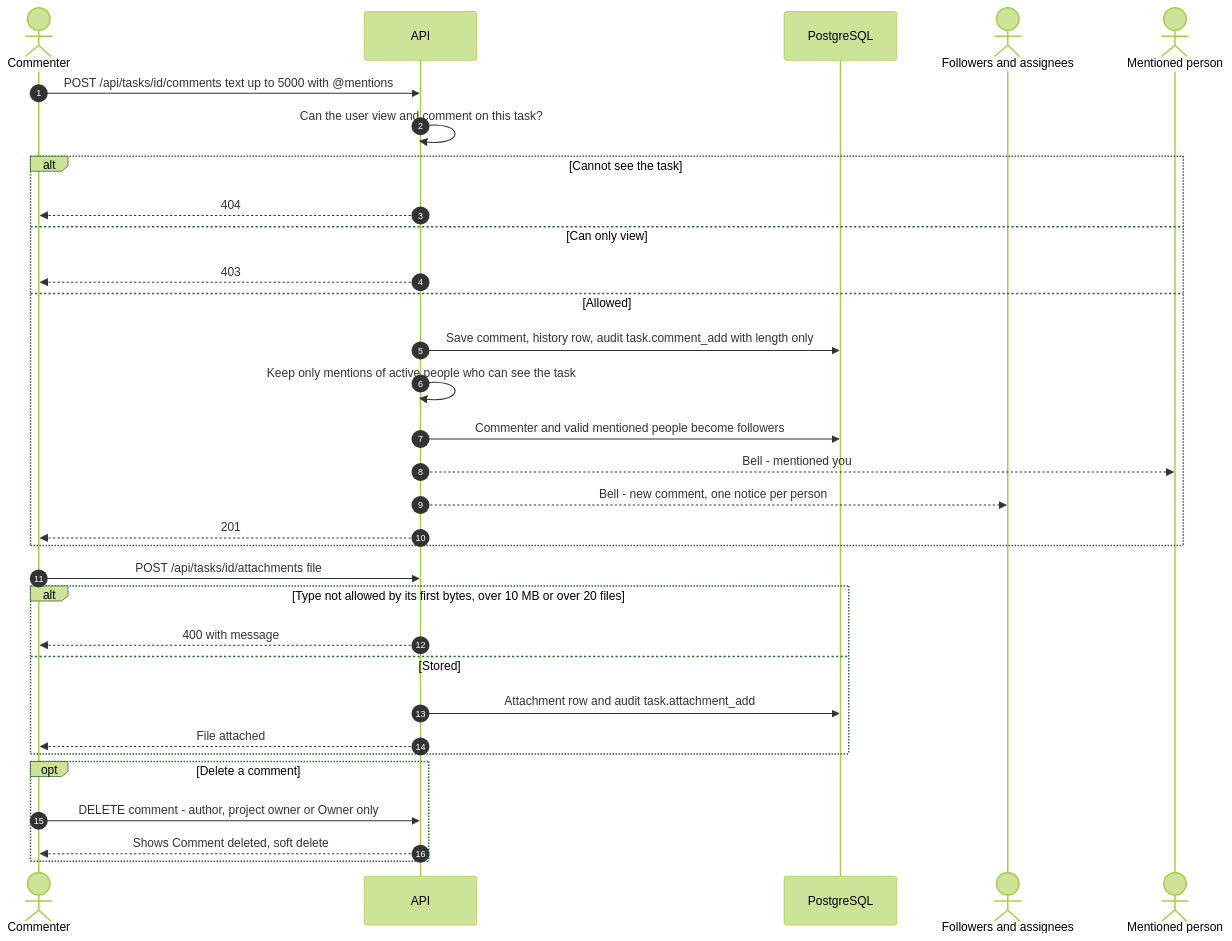
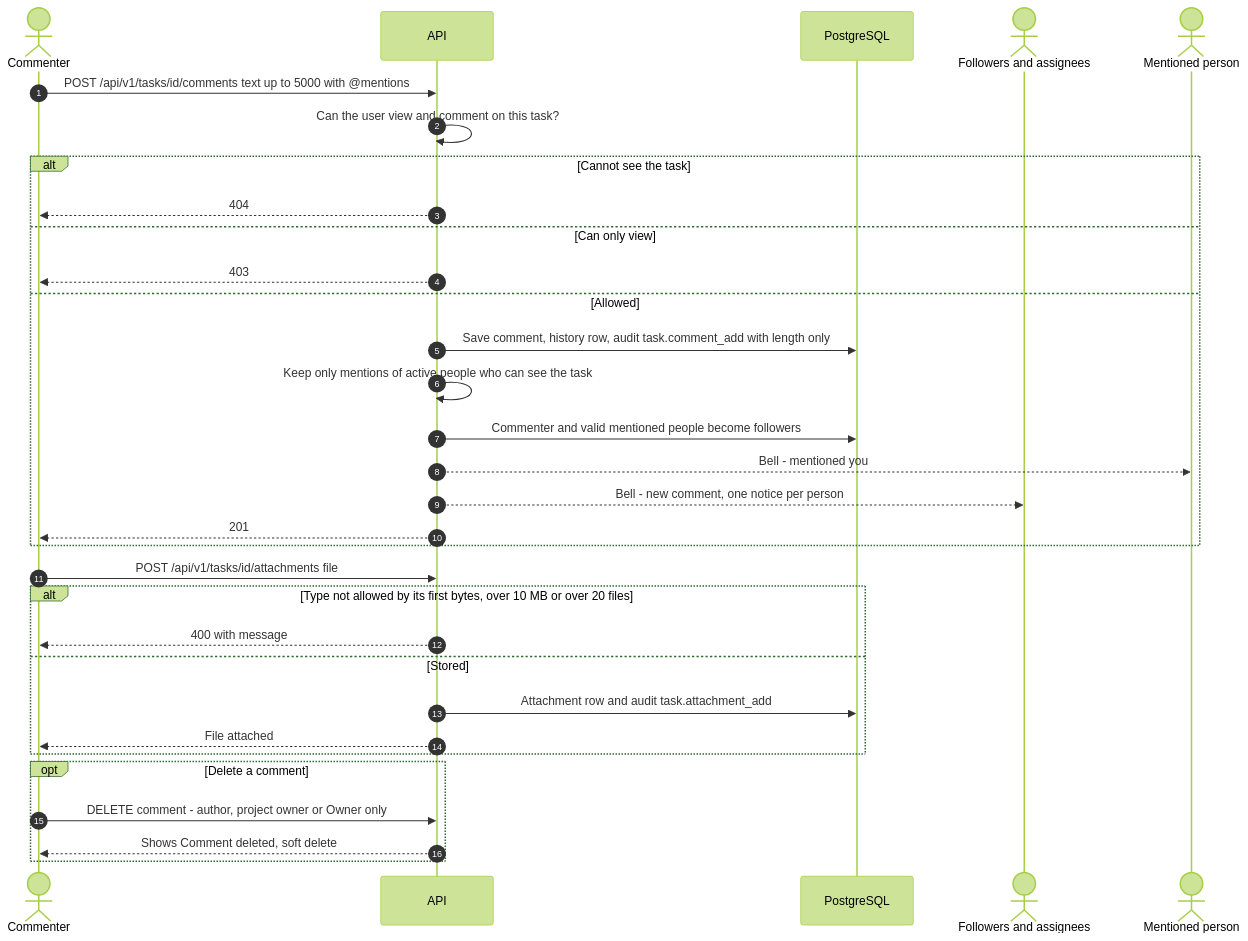
Before and after one commit to amitjurislpo/Juris-one: diagram 17 of 23 in references/FLOW-JurisOne.md, drawn with Mermaid (forest theme). The commit also changed other lines of this file and 95 other files, not shown here.

````diff
--- a/references/FLOW-JurisOne.md
+++ b/references/FLOW-JurisOne.md
@@ -719,35 +719,35 @@
 ```mermaid
 sequenceDiagram
     autonumber
     actor U as Commenter
     participant API as API
     participant DB as PostgreSQL
     actor F as Followers and assignees
     actor MN as Mentioned person
 
-    U->>API: POST /api/tasks/id/comments text up to 5000 with @mentions
+    U->>API: POST /api/v1/tasks/id/comments text up to 5000 with @mentions
     API->>API: Can the user view and comment on this task?
     alt Cannot see the task
         API-->>U: 404
     else Can only view
         API-->>U: 403
     else Allowed
         API->>DB: Save comment, history row, audit task.comment_add with length only
         API->>API: Keep only mentions of active people who can see the task
         API->>DB: Commenter and valid mentioned people become followers
         API-->>MN: Bell - mentioned you
         API-->>F: Bell - new comment, one notice per person
         API-->>U: 201
     end
-    U->>API: POST /api/tasks/id/attachments file
+    U->>API: POST /api/v1/tasks/id/attachments file
     alt Type not allowed by its first bytes, over 10 MB or over 20 files
         API-->>U: 400 with message
     else Stored
         API->>DB: Attachment row and audit task.attachment_add
         API-->>U: File attached
     end
     opt Delete a comment
         U->>API: DELETE comment - author, project owner or Owner only
         API-->>U: Shows Comment deleted, soft delete
     end
 ```
````
